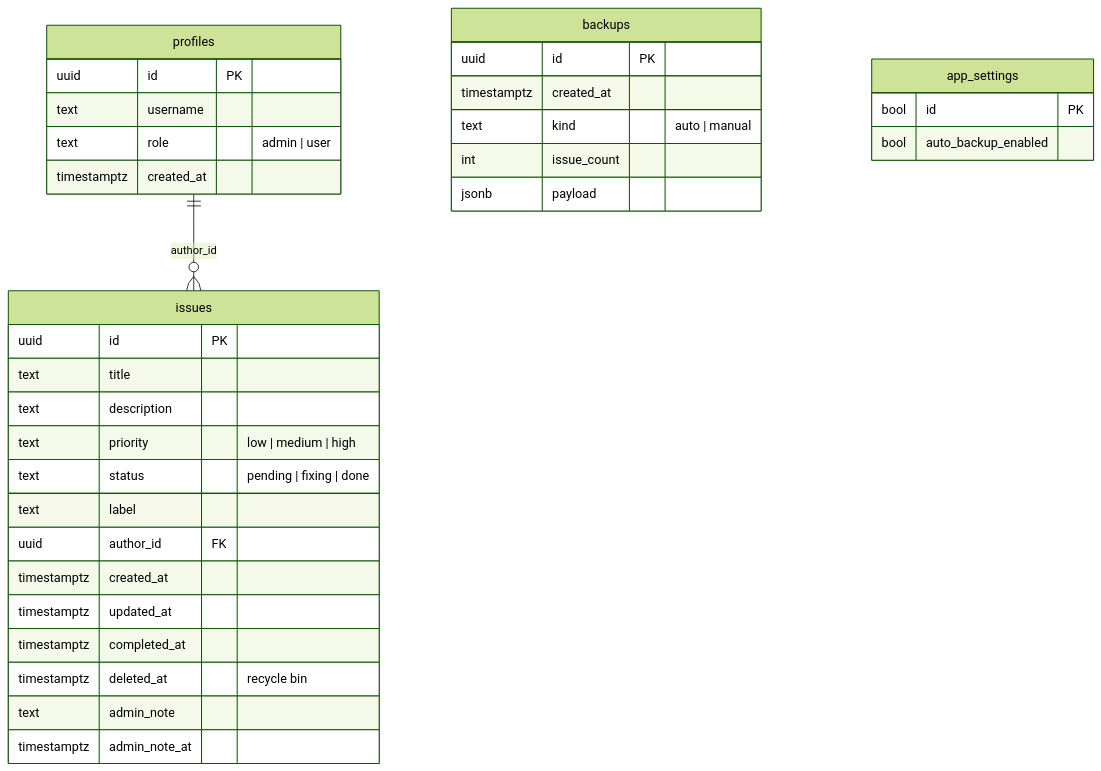
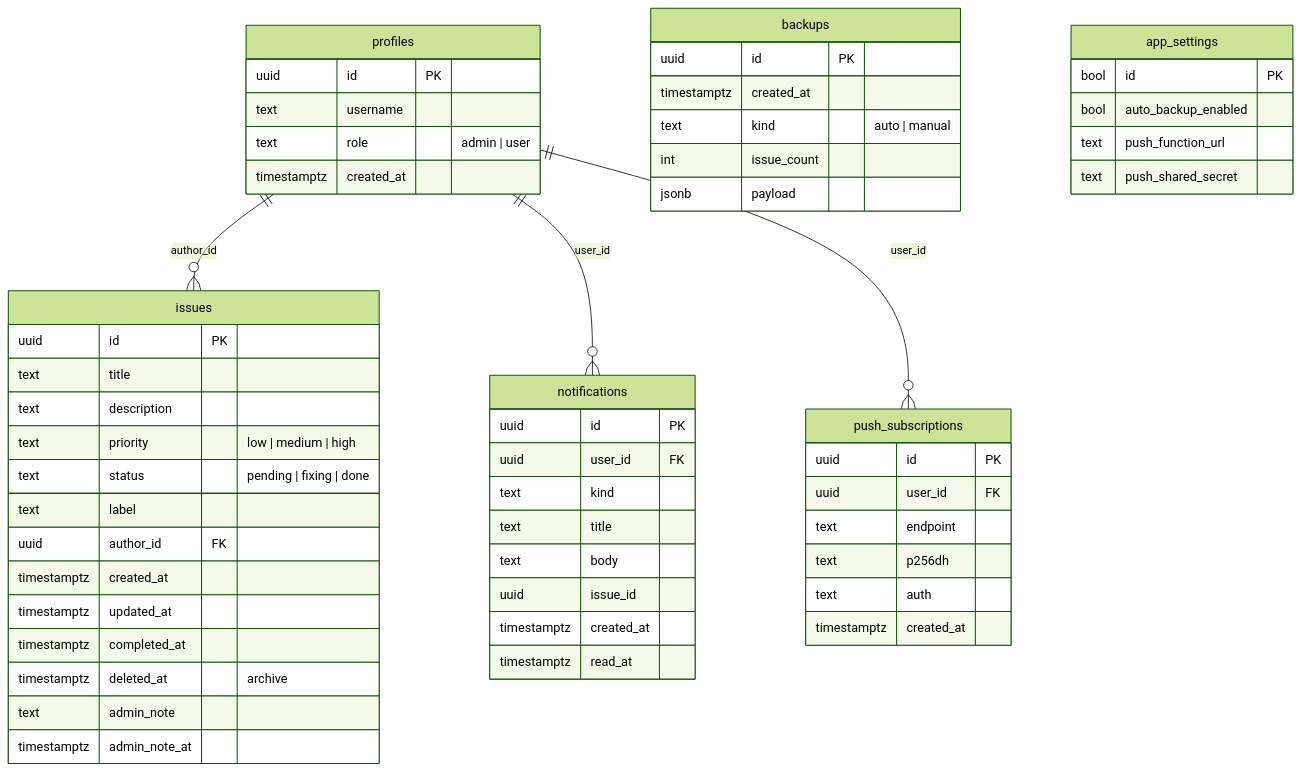
The third of 22 diagrams in HANDOVER.md (rawrmeo/issue-tracker), drawn with Mermaid (forest theme) before and after one commit. The commit also changed other lines of this file and 5 other files, not shown here.

````diff
--- a/HANDOVER.md
+++ b/HANDOVER.md
@@ -138,36 +163,58 @@
 ```mermaid
 erDiagram
   profiles ||--o{ issues : "author_id"
+  profiles ||--o{ notifications : "user_id"
+  profiles ||--o{ push_subscriptions : "user_id"
   profiles {
     uuid id PK
     text username
     text role "admin | user"
     timestamptz created_at
   }
   issues {
     uuid id PK
     text title
     text description
     text priority "low | medium | high"
     text status "pending | fixing | done"
     text label
     uuid author_id FK
     timestamptz created_at
     timestamptz updated_at
     timestamptz completed_at
-    timestamptz deleted_at "recycle bin"
+    timestamptz deleted_at "archive"
     text admin_note
     timestamptz admin_note_at
   }
   backups {
     uuid id PK
     timestamptz created_at
     text kind "auto | manual"
     int issue_count
     jsonb payload
   }
   app_settings {
     bool id PK
     bool auto_backup_enabled
+    text push_function_url
+    text push_shared_secret
+  }
+  notifications {
+    uuid id PK
+    uuid user_id FK
+    text kind
+    text title
+    text body
+    uuid issue_id
+    timestamptz created_at
+    timestamptz read_at
+  }
+  push_subscriptions {
+    uuid id PK
+    uuid user_id FK
+    text endpoint
+    text p256dh
+    text auth
+    timestamptz created_at
   }
 ```
````
